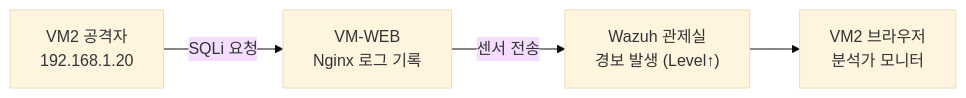
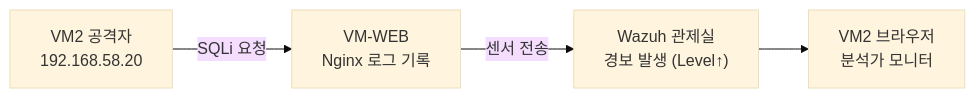
One commit to sbaek100/sbaek100.github.io changed the diagram in _posts/1.응용강의/aiwebsec/2026-06-12-aiwebsec-32-siem-detection.md. Above: the diagram before and after it, drawn with Mermaid (base theme). The commit also changed other lines of this file and 518 other files, not shown here.

````diff
--- a/_posts/1.응용강의/aiwebsec/2026-06-12-aiwebsec-32-siem-detection.md
+++ b/_posts/1.응용강의/aiwebsec/2026-06-12-aiwebsec-32-siem-detection.md
@@ -28,6 +28,6 @@
 ```mermaid
 graph LR
-    A["VM2 공격자<br/>192.168.1.20"] -->|"SQLi 요청"| W["VM-WEB<br/>Nginx 로그 기록"]
+    A["VM2 공격자<br/>192.168.58.20"] -->|"SQLi 요청"| W["VM-WEB<br/>Nginx 로그 기록"]
     W -->|"센서 전송"| S["Wazuh 관제실<br/>경보 발생 (Level↑)"]
     S --> M["VM2 브라우저<br/>분석가 모니터"]
 ```
````
